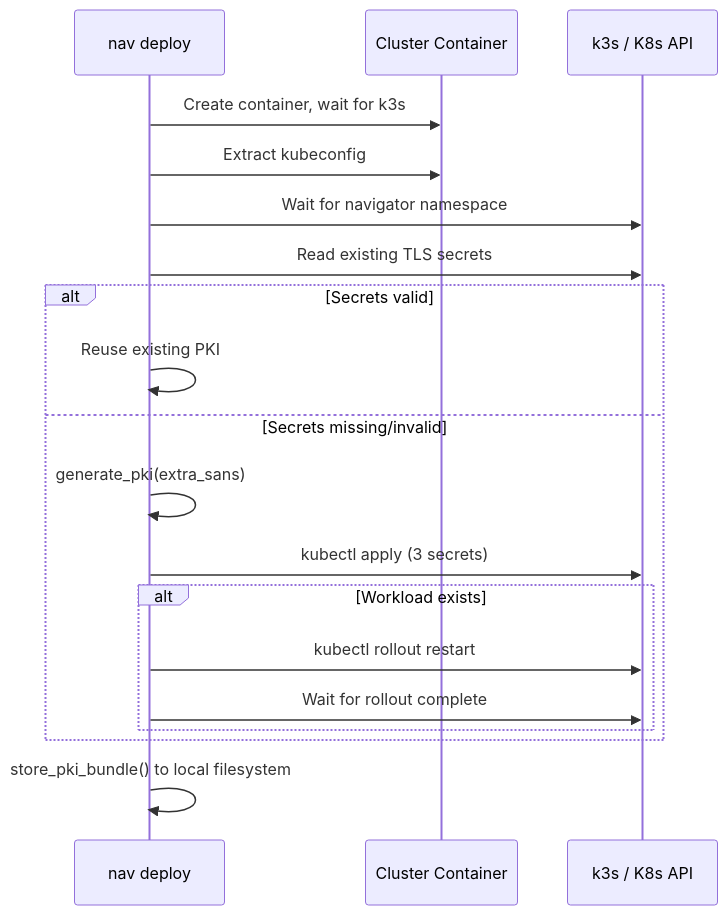
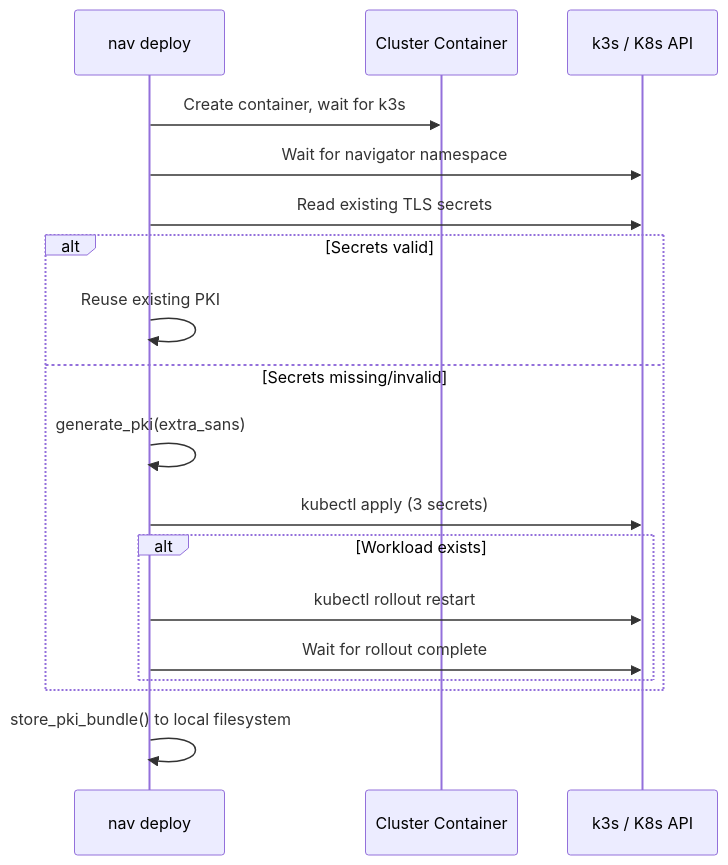
Before and after one commit to NVIDIA/OpenShell: the second of 3 diagrams in architecture/gateway-security.md, drawn with Mermaid. The commit also changed other lines of this file and 29 other files, not shown here.

First line of the commit message:
refactor(cli): remove kubeconfig port, add doctor llm-help, update debug docs

````diff
--- a/architecture/gateway-security.md
+++ b/architecture/gateway-security.md
@@ -146,22 +146,21 @@
 ```mermaid
 sequenceDiagram
     participant CLI as nav deploy
     participant Docker as Cluster Container
     participant K8s as k3s / K8s API
 
     CLI->>Docker: Create container, wait for k3s
-    CLI->>Docker: Extract kubeconfig
     CLI->>K8s: Wait for navigator namespace
     CLI->>K8s: Read existing TLS secrets
     alt Secrets valid
         CLI->>CLI: Reuse existing PKI
     else Secrets missing/invalid
         CLI->>CLI: generate_pki(extra_sans)
         CLI->>K8s: kubectl apply (3 secrets)
         alt Workload exists
             CLI->>K8s: kubectl rollout restart
             CLI->>K8s: Wait for rollout complete
         end
     end
     CLI->>CLI: store_pki_bundle() to local filesystem
 ```
````
